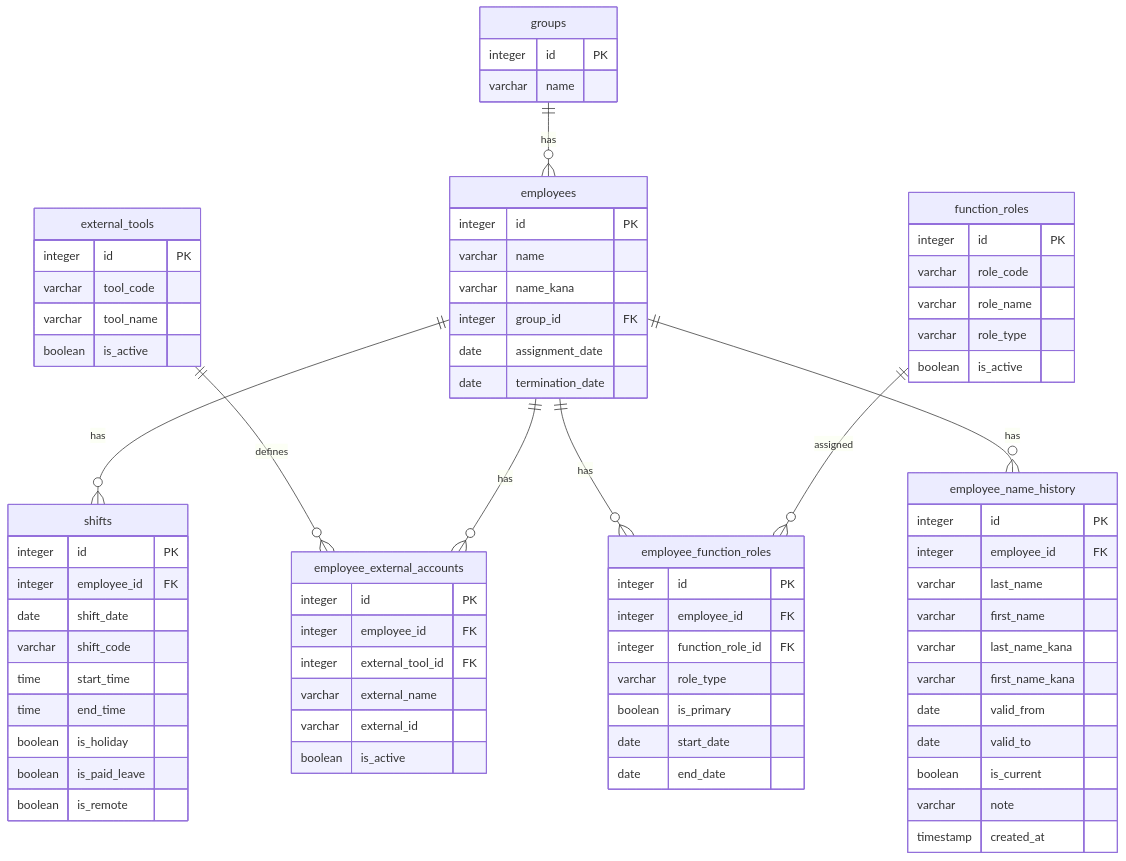
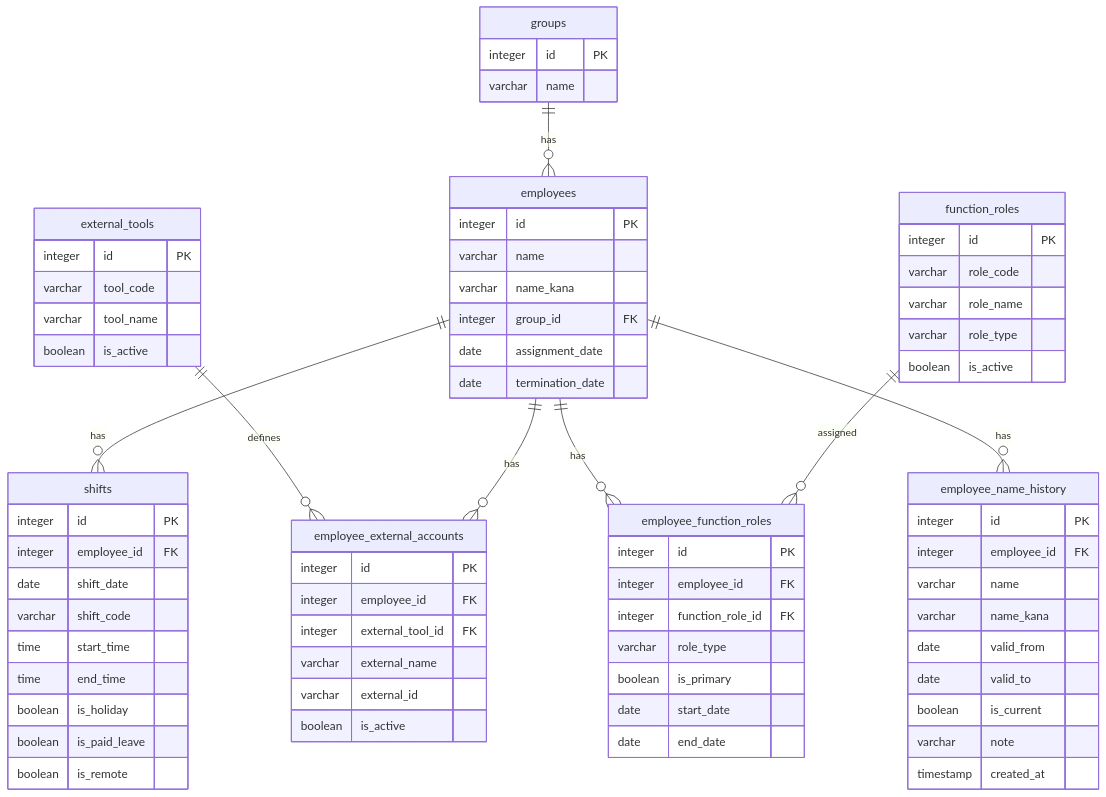
One commit to ekrsw/shift_database_schema changed the diagram in shift_database_schema_v8.md. Above: the diagram before and after it, drawn with Mermaid. The commit also changed other lines of this file, not shown here.

Commit message:
v8 employee_name_historyのカラムをemployeesと整合（name/name_kanaに統一）

```diff
--- a/shift_database_schema_v8.md
+++ b/shift_database_schema_v8.md
@@ -81,10 +81,8 @@
     employee_name_history {
         integer id PK
         integer employee_id FK
-        varchar last_name
-        varchar first_name
-        varchar last_name_kana
-        varchar first_name_kana
+        varchar name
+        varchar name_kana
         date valid_from
         date valid_to
         boolean is_current
```
